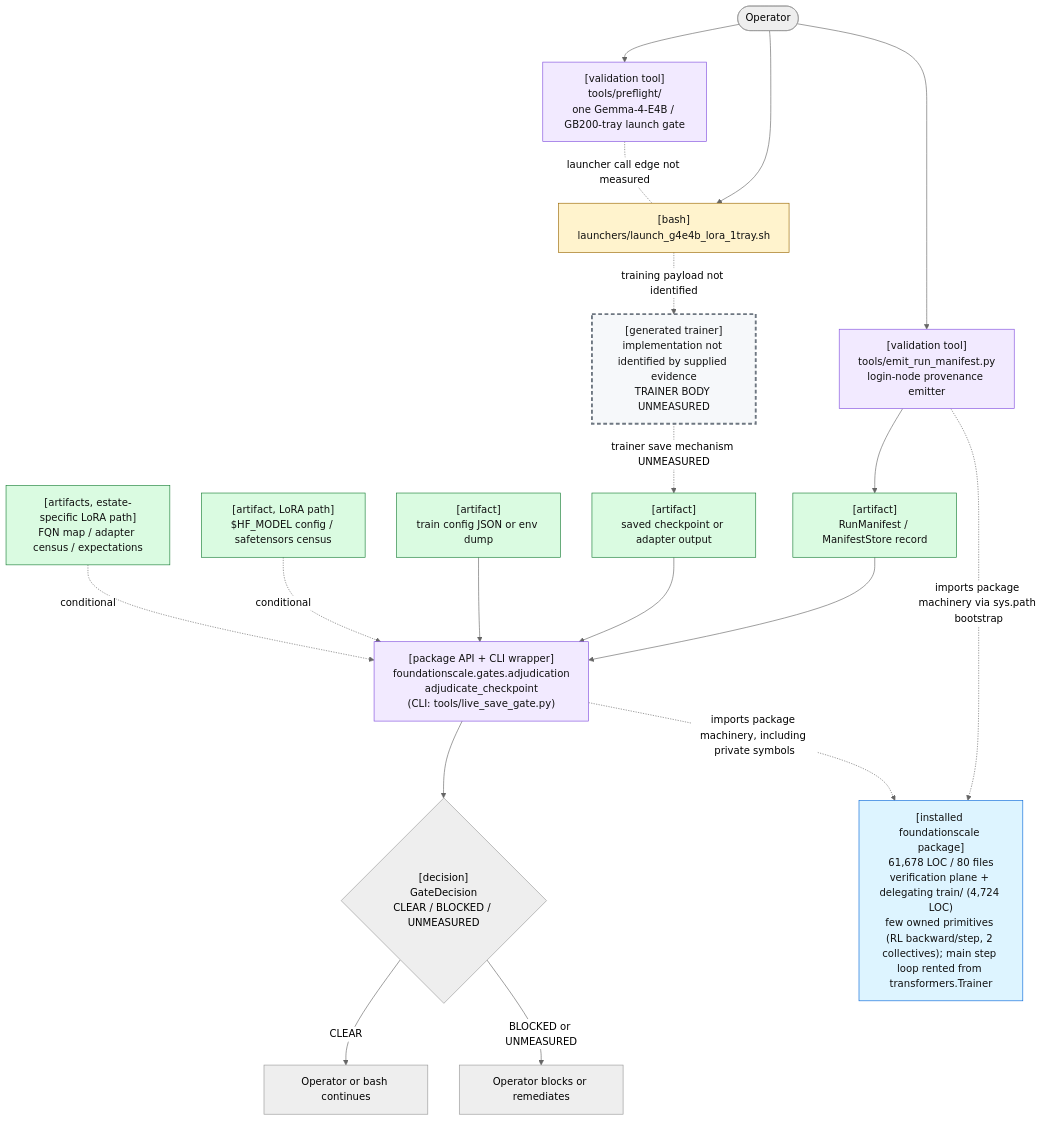
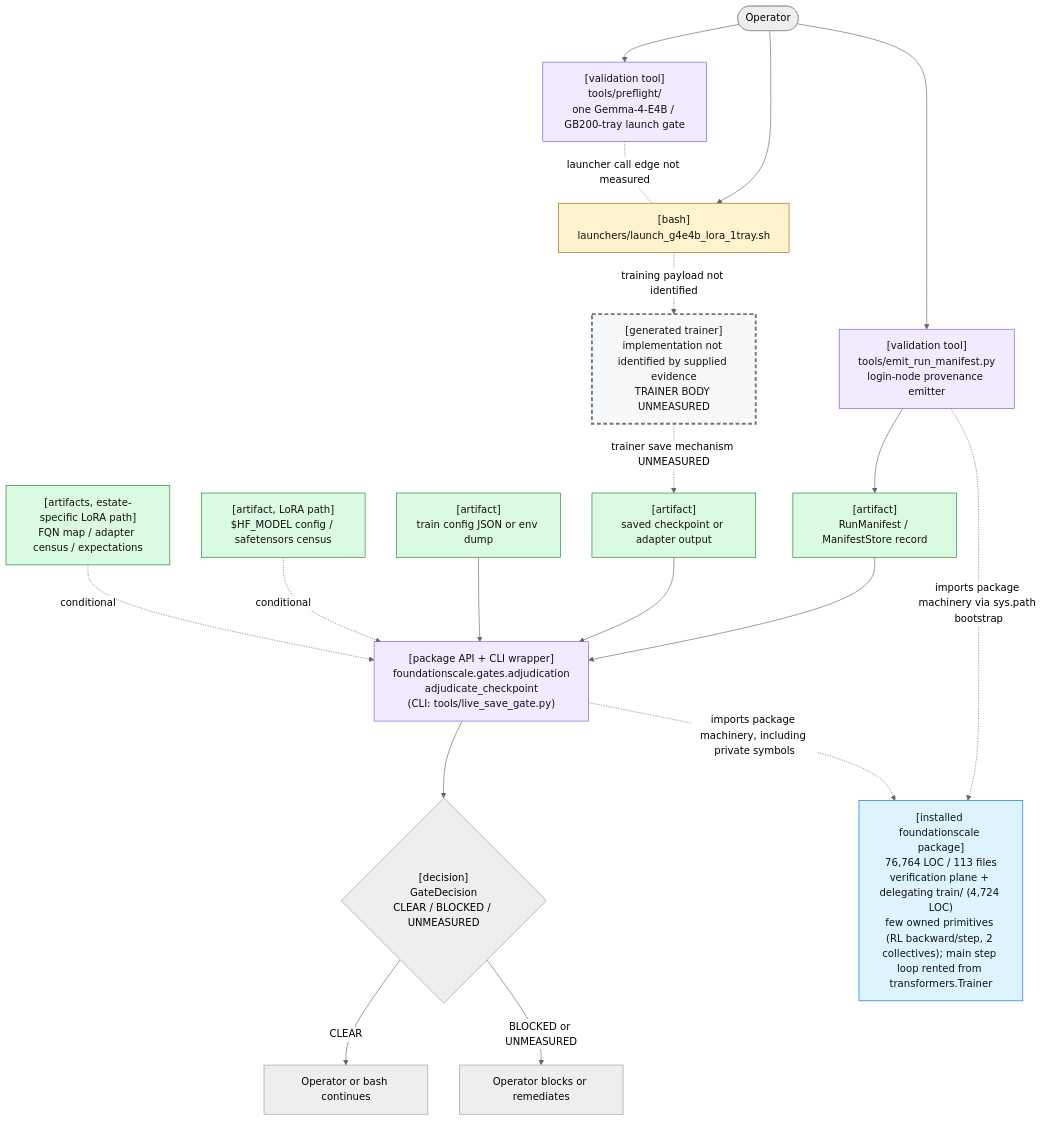
One commit to TranNhiem/FoundationScale changed the first of 2 diagrams in docs/review/D2_current_architecture.md. Above: the diagram before and after it, drawn with Mermaid (neutral theme). The commit also changed other lines of this file and 10 other files, not shown here.

````diff
--- a/docs/review/D2_current_architecture.md
+++ b/docs/review/D2_current_architecture.md
@@ -25,59 +25,59 @@
 ```mermaid
 flowchart TB
   O(["Operator"])
 
   PF["[validation tool]<br/>tools/preflight/<br/>one Gemma-4-E4B / GB200-tray launch gate"]
   L["[bash]<br/>launchers/launch_g4e4b_lora_1tray.sh"]
 
   E["[validation tool]<br/>tools/emit_run_manifest.py<br/>login-node provenance emitter"]
   M["[artifact]<br/>RunManifest / ManifestStore record"]
 
   T["[generated trainer]<br/>implementation not identified by supplied evidence<br/>TRAINER BODY UNMEASURED"]
   C["[artifact]<br/>saved checkpoint or adapter output"]
 
   G["[package API + CLI wrapper]<br/>foundationscale.gates.adjudication<br/>adjudicate_checkpoint<br/>(CLI: tools/live_save_gate.py)"]
   CFG["[artifact]<br/>train config JSON or env dump"]
   BASE["[artifact, LoRA path]<br/>$HF_MODEL config / safetensors census"]
   CEN["[artifacts, estate-specific LoRA path]<br/>FQN map / adapter census / expectations"]
 
   D{"[decision]<br/>GateDecision<br/>CLEAR / BLOCKED / UNMEASURED"}
   OK["Operator or bash continues"]
   NO["Operator blocks or remediates"]
 
-  PKG["[installed foundationscale package]<br/>61,678 LOC / 80 files<br/>verification plane + delegating train/ (4,724 LOC)<br/>few owned primitives (RL backward/step, 2 collectives); main step loop rented from transformers.Trainer"]
+  PKG["[installed foundationscale package]<br/>76,764 LOC / 113 files<br/>verification plane + delegating train/ (4,724 LOC)<br/>few owned primitives (RL backward/step, 2 collectives); main step loop rented from transformers.Trainer"]
 
   O --> PF
   O --> L
   PF -. "launcher call edge not measured" .- L
 
   O --> E
   E --> M
 
   L -. "training payload not identified" .-> T
   T -. "trainer save mechanism UNMEASURED" .-> C
 
   M --> G
   C --> G
   CFG --> G
   BASE -. "conditional" .-> G
   CEN -. "conditional" .-> G
 
   E -. "imports package machinery via sys.path bootstrap" .-> PKG
   G -. "imports package machinery, including private symbols" .-> PKG
 
   G --> D
   D -->|"CLEAR"| OK
   D -->|"BLOCKED or UNMEASURED"| NO
 
   classDef bash fill:#fff3cd,stroke:#9a6700,color:#111;
   classDef tool fill:#f2eaff,stroke:#8250df,color:#111;
   classDef artifact fill:#dafbe1,stroke:#1a7f37,color:#111;
   classDef gap fill:#f6f8fa,stroke:#6e7781,stroke-width:3px,stroke-dasharray: 6 4,color:#111;
   classDef pkg fill:#ddf4ff,stroke:#0969da,color:#111;
 
   class L bash;
   class PF,E,G tool;
   class M,C,CFG,BASE,CEN artifact;
   class T gap;
   class PKG pkg;
 ```
````
